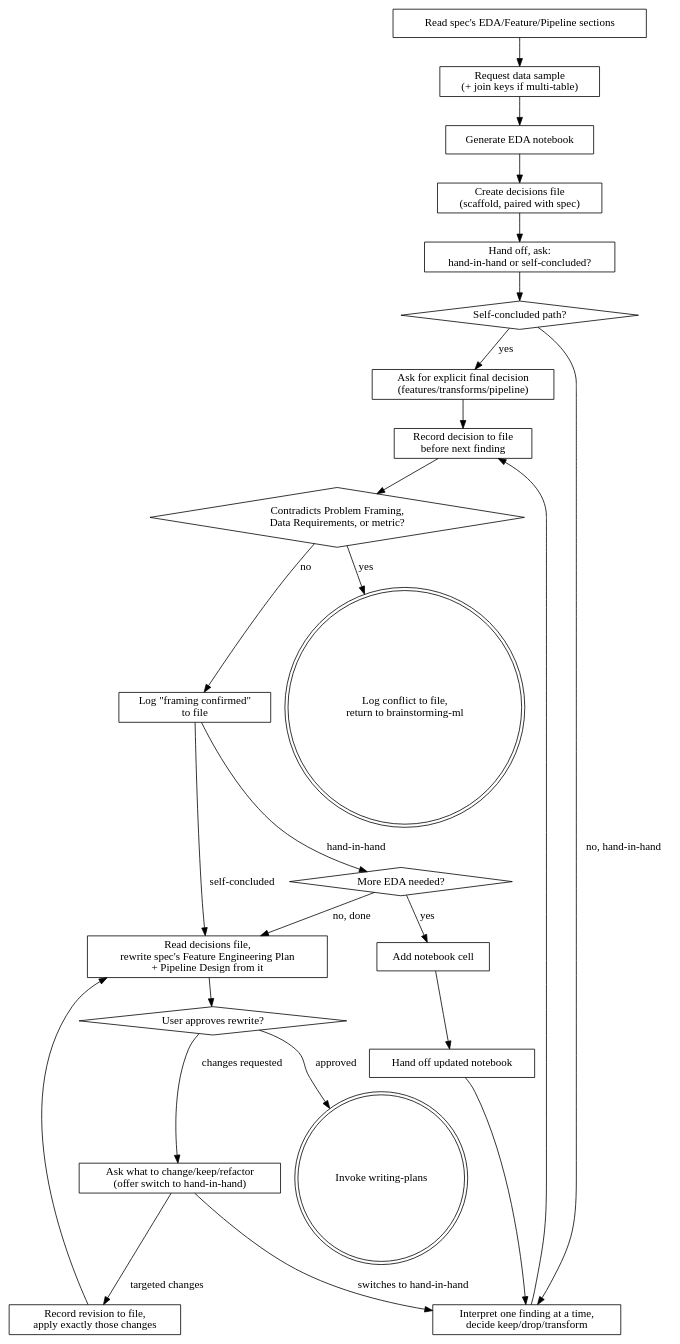
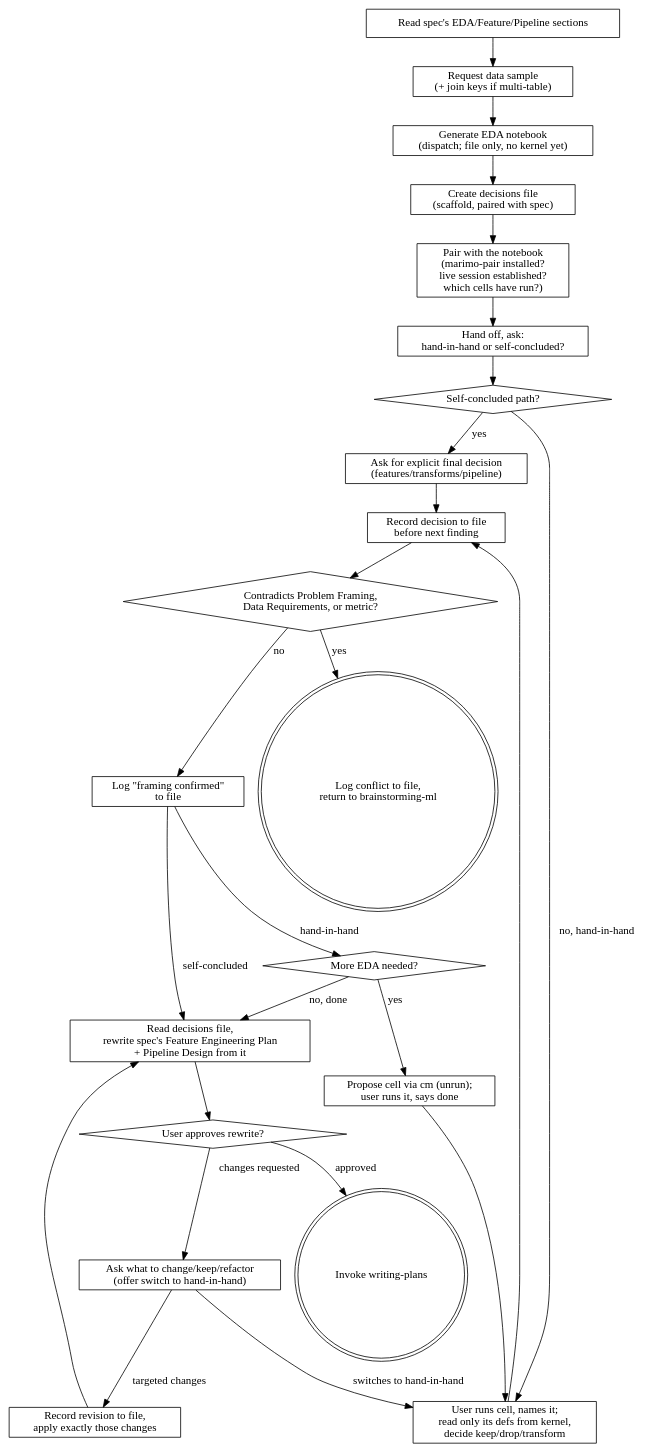
One commit to eduardorestrepo89/superpowers-ml changed the diagram in skills/running-eda-ml/SKILL.md. Above: the diagram before and after it, drawn with Graphviz. The commit also changed other lines of this file, not shown here.

````diff
--- a/skills/running-eda-ml/SKILL.md
+++ b/skills/running-eda-ml/SKILL.md
@@ -36,49 +40,49 @@
 ```dot
 digraph running_eda {
     "Read spec's EDA/Feature/Pipeline sections" [shape=box];
     "Request data sample\n(+ join keys if multi-table)" [shape=box];
-    "Generate EDA notebook" [shape=box];
+    "Generate EDA notebook\n(dispatch; file only, no kernel yet)" [shape=box];
     "Create decisions file\n(scaffold, paired with spec)" [shape=box];
+    "Pair with the notebook\n(marimo-pair installed?\nlive session established?\nwhich cells have run?)" [shape=box];
     "Hand off, ask:\nhand-in-hand or self-concluded?" [shape=box];
     "Self-concluded path?" [shape=diamond];
     "Ask for explicit final decision\n(features/transforms/pipeline)" [shape=box];
-    "Interpret one finding at a time,\ndecide keep/drop/transform" [shape=box];
+    "User runs cell, names it;\nread only its defs from kernel,\ndecide keep/drop/transform" [shape=box];
     "Record decision to file\nbefore next finding" [shape=box];
     "Contradicts Problem Framing,\nData Requirements, or metric?" [shape=diamond];
     "Log conflict to file,\nreturn to brainstorming-ml" [shape=doublecircle];
     "Log \"framing confirmed\"\nto file" [shape=box];
     "More EDA needed?" [shape=diamond];
-    "Add notebook cell" [shape=box];
-    "Hand off updated notebook" [shape=box];
+    "Propose cell via cm (unrun);\nuser runs it, says done" [shape=box];
     "Read decisions file,\nrewrite spec's Feature Engineering Plan\n+ Pipeline Design from it" [shape=box];
     "User approves rewrite?" [shape=diamond];
     "Ask what to change/keep/refactor\n(offer switch to hand-in-hand)" [shape=box];
     "Record revision to file,\napply exactly those changes" [shape=box];
     "Invoke writing-plans" [shape=doublecircle];
 
     "Read spec's EDA/Feature/Pipeline sections" -> "Request data sample\n(+ join keys if multi-table)";
-    "Request data sample\n(+ join keys if multi-table)" -> "Generate EDA notebook";
-    "Generate EDA notebook" -> "Create decisions file\n(scaffold, paired with spec)";
-    "Create decisions file\n(scaffold, paired with spec)" -> "Hand off, ask:\nhand-in-hand or self-concluded?";
+    "Request data sample\n(+ join keys if multi-table)" -> "Generate EDA notebook\n(dispatch; file only, no kernel yet)";
+    "Generate EDA notebook\n(dispatch; file only, no kernel yet)" -> "Create decisions file\n(scaffold, paired with spec)";
+    "Create decisions file\n(scaffold, paired with spec)" -> "Pair with the notebook\n(marimo-pair installed?\nlive session established?\nwhich cells have run?)";
+    "Pair with the notebook\n(marimo-pair installed?\nlive session established?\nwhich cells have run?)" -> "Hand off, ask:\nhand-in-hand or self-concluded?";
     "Hand off, ask:\nhand-in-hand or self-concluded?" -> "Self-concluded path?";
     "Self-concluded path?" -> "Ask for explicit final decision\n(features/transforms/pipeline)" [label="yes"];
-    "Self-concluded path?" -> "Interpret one finding at a time,\ndecide keep/drop/transform" [label="no, hand-in-hand"];
+    "Self-concluded path?" -> "User runs cell, names it;\nread only its defs from kernel,\ndecide keep/drop/transform" [label="no, hand-in-hand"];
     "Ask for explicit final decision\n(features/transforms/pipeline)" -> "Record decision to file\nbefore next finding";
-    "Interpret one finding at a time,\ndecide keep/drop/transform" -> "Record decision to file\nbefore next finding";
+    "User runs cell, names it;\nread only its defs from kernel,\ndecide keep/drop/transform" -> "Record decision to file\nbefore next finding";
     "Record decision to file\nbefore next finding" -> "Contradicts Problem Framing,\nData Requirements, or metric?";
     "Contradicts Problem Framing,\nData Requirements, or metric?" -> "Log conflict to file,\nreturn to brainstorming-ml" [label="yes"];
     "Contradicts Problem Framing,\nData Requirements, or metric?" -> "Log \"framing confirmed\"\nto file" [label="no"];
     "Log \"framing confirmed\"\nto file" -> "More EDA needed?" [label="hand-in-hand"];
     "Log \"framing confirmed\"\nto file" -> "Read decisions file,\nrewrite spec's Feature Engineering Plan\n+ Pipeline Design from it" [label="self-concluded"];
-    "More EDA needed?" -> "Add notebook cell" [label="yes"];
-    "Add notebook cell" -> "Hand off updated notebook";
-    "Hand off updated notebook" -> "Interpret one finding at a time,\ndecide keep/drop/transform";
+    "More EDA needed?" -> "Propose cell via cm (unrun);\nuser runs it, says done" [label="yes"];
+    "Propose cell via cm (unrun);\nuser runs it, says done" -> "User runs cell, names it;\nread only its defs from kernel,\ndecide keep/drop/transform";
     "More EDA needed?" -> "Read decisions file,\nrewrite spec's Feature Engineering Plan\n+ Pipeline Design from it" [label="no, done"];
     "Read decisions file,\nrewrite spec's Feature Engineering Plan\n+ Pipeline Design from it" -> "User approves rewrite?";
     "User approves rewrite?" -> "Ask what to change/keep/refactor\n(offer switch to hand-in-hand)" [label="changes requested"];
     "Ask what to change/keep/refactor\n(offer switch to hand-in-hand)" -> "Record revision to file,\napply exactly those changes" [label="targeted changes"];
     "Record revision to file,\napply exactly those changes" -> "Read decisions file,\nrewrite spec's Feature Engineering Plan\n+ Pipeline Design from it";
-    "Ask what to change/keep/refactor\n(offer switch to hand-in-hand)" -> "Interpret one finding at a time,\ndecide keep/drop/transform" [label="switches to hand-in-hand"];
+    "Ask what to change/keep/refactor\n(offer switch to hand-in-hand)" -> "User runs cell, names it;\nread only its defs from kernel,\ndecide keep/drop/transform" [label="switches to hand-in-hand"];
     "User approves rewrite?" -> "Invoke writing-plans" [label="approved"];
 }
 ```
````
